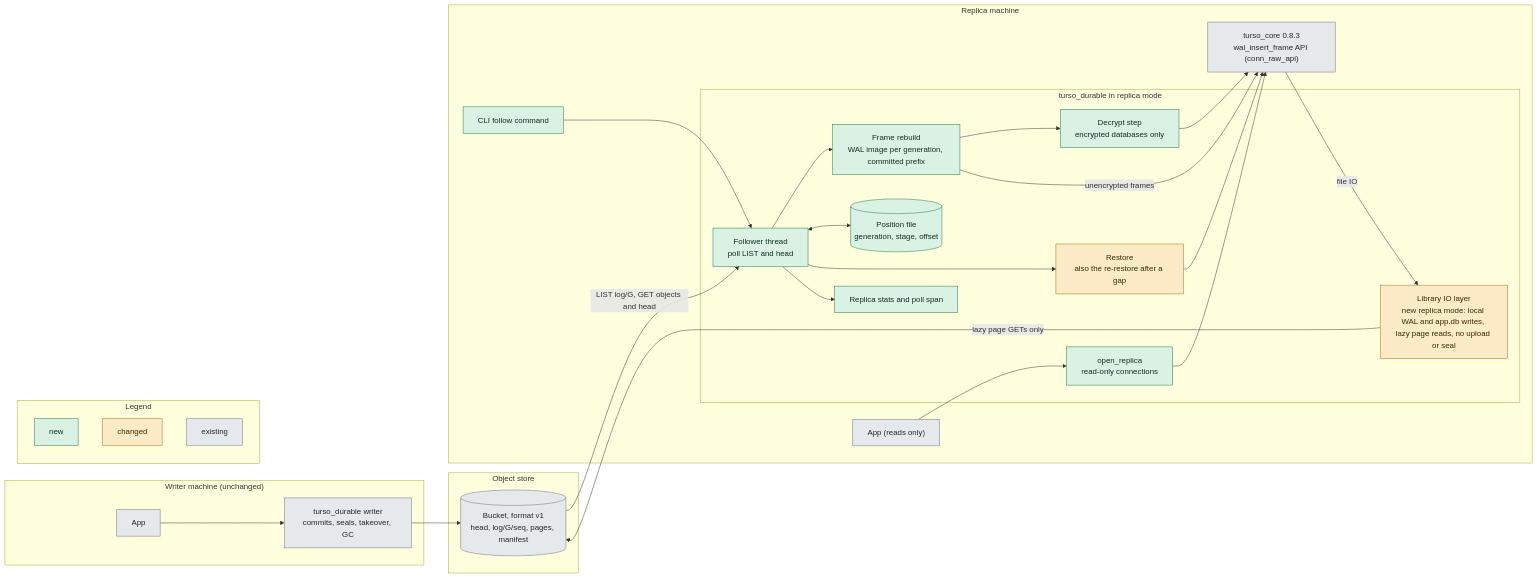
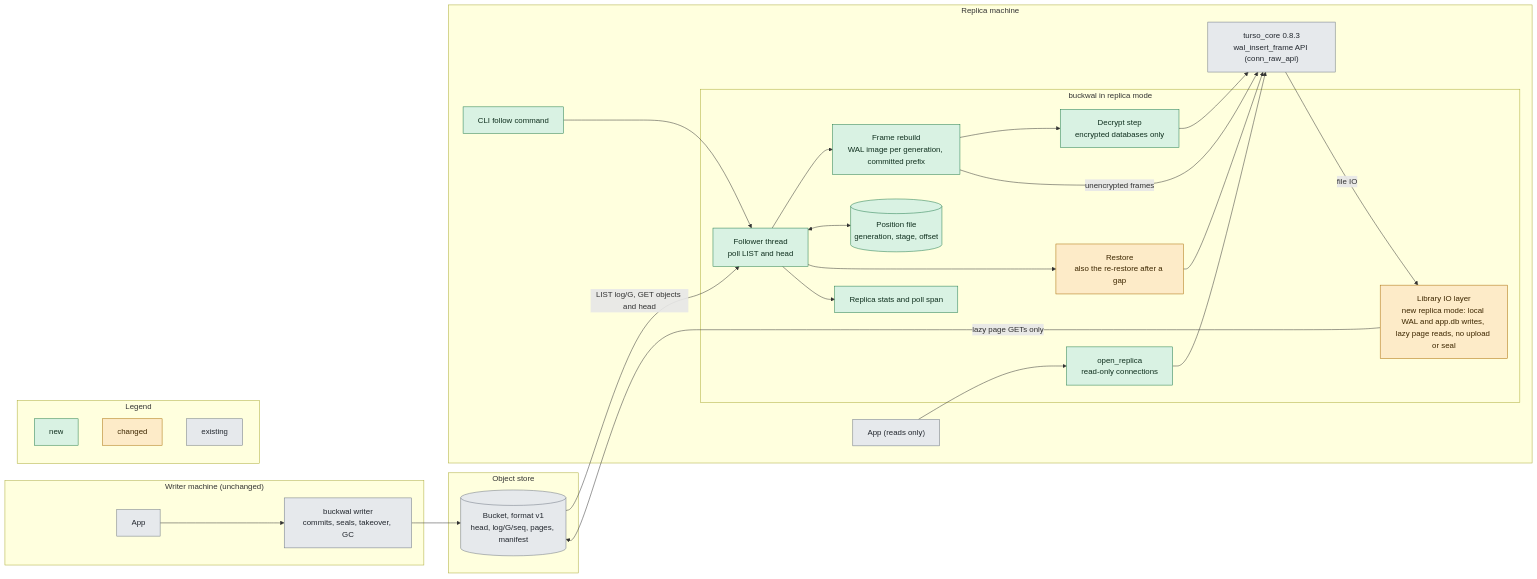
Before and after one commit to kahgeh/buckwal: the first of 4 diagrams in docs/read-replicas-recon.md, drawn with Mermaid. The commit also changed other lines of this file and 14 other files, not shown here.

Commit message:
docs: drop the turso-durable name, buckwal_batching

````diff
--- a/docs/read-replicas-recon.md
+++ b/docs/read-replicas-recon.md
@@ -386,45 +386,45 @@
 ```mermaid
 flowchart LR
   subgraph writer["Writer machine (unchanged)"]
     wapp["App"]:::existing
-    wlib["turso_durable writer<br/>commits, seals, takeover, GC"]:::existing
+    wlib["buckwal writer<br/>commits, seals, takeover, GC"]:::existing
   end
   subgraph store["Object store"]
     bucket[("Bucket, format v1<br/>head, log/G/seq, pages, manifest")]:::existing
   end
   subgraph replica["Replica machine"]
     rapp["App (reads only)"]:::existing
-    subgraph rlib["turso_durable in replica mode"]
+    subgraph rlib["buckwal in replica mode"]
       ropen["open_replica<br/>read-only connections"]:::new
       follow["Follower thread<br/>poll LIST and head"]:::new
       rebuild["Frame rebuild<br/>WAL image per generation, committed prefix"]:::new
       decrypt["Decrypt step<br/>encrypted databases only"]:::new
       pos[("Position file<br/>generation, stage, offset")]:::new
       rest["Restore<br/>also the re-restore after a gap"]:::changed
       stats["Replica stats and poll span"]:::new
       rio["Library IO layer<br/>new replica mode: local WAL and app.db writes, lazy page reads, no upload or seal"]:::changed
     end
     core["turso_core 0.8.3<br/>wal_insert_frame API (conn_raw_api)"]:::existing
     cli["CLI follow command"]:::new
   end
   wapp --> wlib --> bucket
   bucket -- "LIST log/G, GET objects and head" --> follow
   follow --> rebuild --> decrypt --> core
   rebuild -- "unencrypted frames" --> core
   follow <--> pos
   rest --> core
   core -- "file IO" --> rio
   rio -- "lazy page GETs only" --> bucket
   follow --> rest
   rapp --> ropen --> core
   follow --> stats
   cli --> follow
   subgraph legend["Legend"]
     l1["new"]:::new
     l2["changed"]:::changed
     l3["existing"]:::existing
   end
   classDef new fill:#d9f2e3,stroke:#1f7a4a,color:#10301f
   classDef changed fill:#fdebc8,stroke:#a86b00,color:#3d2700
   classDef existing fill:#e6e9ec,stroke:#6b7480,color:#22272e
 ```
````
